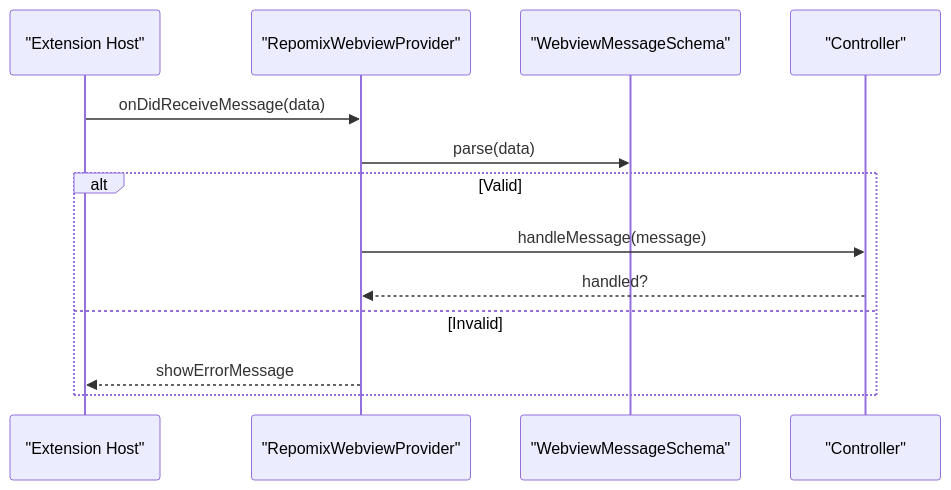
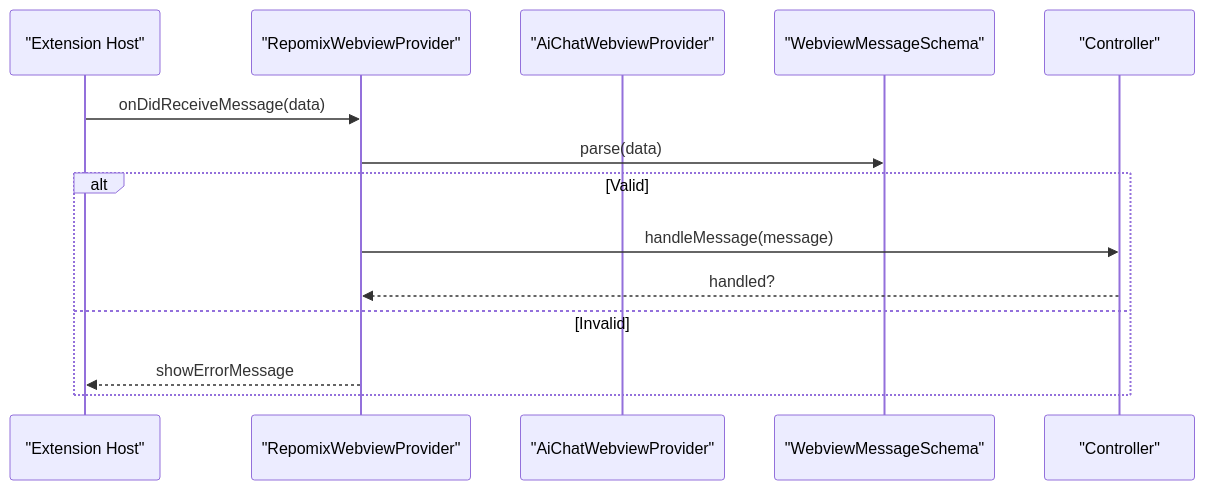
The fifth of 10 diagrams in .qoder/repowiki/en/content/Webview Interface/Webview Interface.md (bramburn/repomix-runner), drawn with Mermaid before and after one commit. The commit also changed other lines of this file and 19 other files, not shown here.

````diff
--- a/.qoder/repowiki/en/content/Webview Interface/Webview Interface.md
+++ b/.qoder/repowiki/en/content/Webview Interface/Webview Interface.md
@@ -296,15 +366,16 @@
 ```mermaid
 sequenceDiagram
 participant EXT as "Extension Host"
 participant RPV as "RepomixWebviewProvider"
+participant AICHPV as "AiChatWebviewProvider"
 participant SCHEMA as "WebviewMessageSchema"
 participant CTRL as "Controller"
 EXT->>RPV : onDidReceiveMessage(data)
 RPV->>SCHEMA : parse(data)
 alt Valid
 RPV->>CTRL : handleMessage(message)
 CTRL-->>RPV : handled?
 else Invalid
 RPV-->>EXT : showErrorMessage
 end
 ```
````
